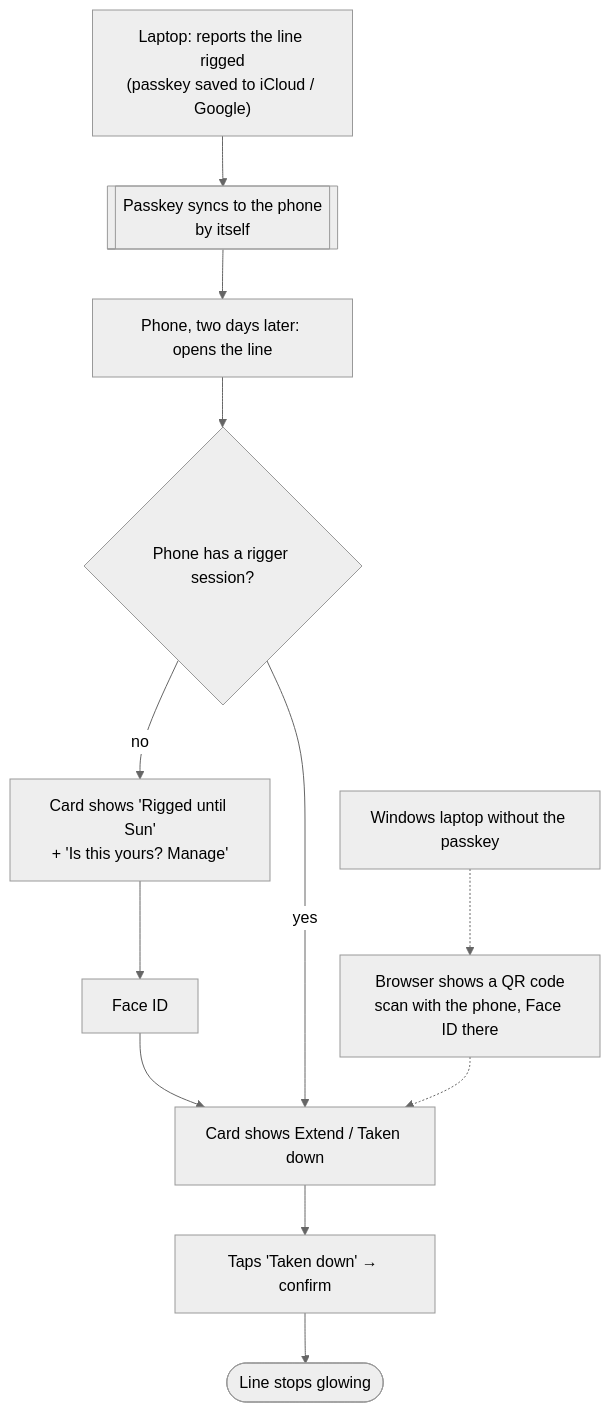
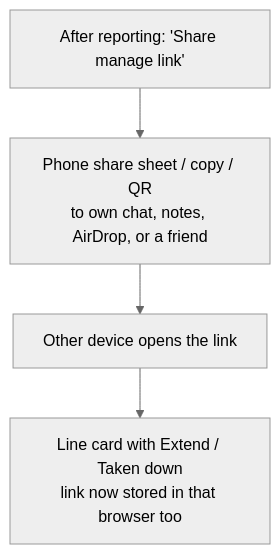
Before and after one commit to International-Slackline-Association/isa: the seventh of 9 diagrams in specs/slackmap-live-lines/flows.md, drawn with Mermaid (neutral theme). The commit also changed other lines of this file and 5 other files, not shown here.

Commit message:
specs/slackmap-live-lines: manage link replaces the passkey; sharing it moves a rig to another device or hands it to a crew member; code after # so it never reaches server logs; hash erased when the rig ends; rejected options listed

````diff
--- a/specs/slackmap-live-lines/flows.md
+++ b/specs/slackmap-live-lines/flows.md
@@ -171,13 +134,6 @@
 ```mermaid
 flowchart TD
-    L["Laptop: reports the line rigged<br/>(passkey saved to iCloud / Google)"] --> Sync[["Passkey syncs to the phone<br/>by itself"]]
-    Sync --> O["Phone, two days later: opens the line"]
-    O --> Q{Phone has a rigger session?}
-    Q -- no --> Btn["Card shows 'Rigged until Sun'<br/>+ 'Is this yours? Manage'"]
-    Btn --> F["Face ID"] --> Own
-    Q -- yes --> Own["Card shows Extend / Taken down"]
-    Own --> T["Taps 'Taken down' → confirm"]
-    T --> Gone([Line stops glowing])
-
-    W["Windows laptop without the passkey"] -.-> QR["Browser shows a QR code<br/>scan with the phone, Face ID there"] -.-> Own
+    D["After reporting: 'Share manage link'"] --> Sh["Phone share sheet / copy / QR<br/>to own chat, notes, AirDrop, or a friend"]
+    Sh --> Open["Other device opens the link"]
+    Open --> Card["Line card with Extend / Taken down<br/>link now stored in that browser too"]
 ```
````
